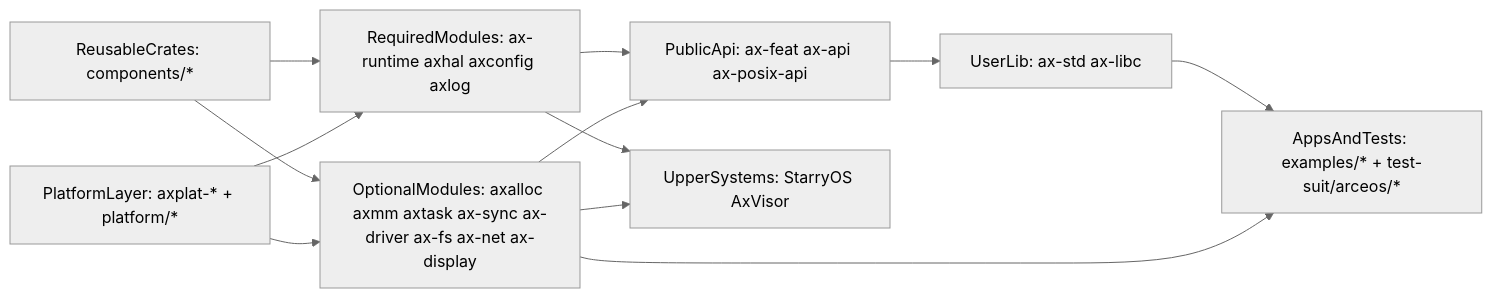
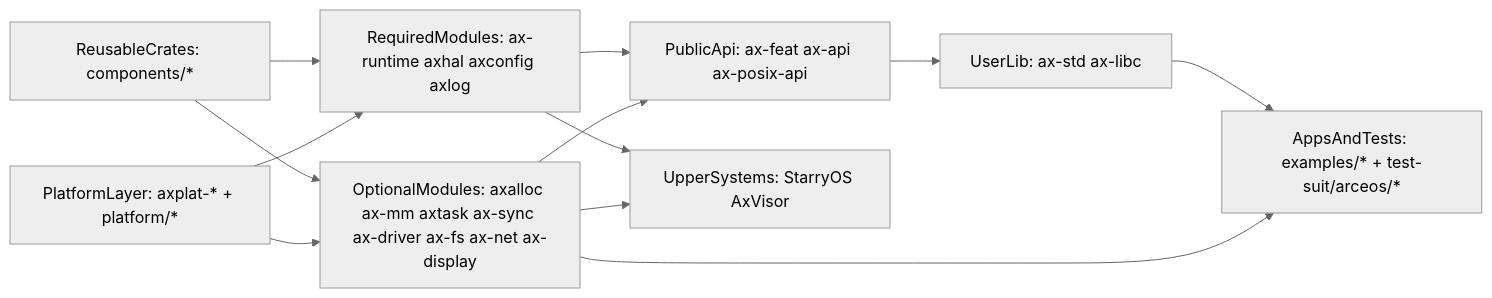
One commit to yfblock/tgoskits changed the first of 5 diagrams in docs/arceos-internals.md. Above: the diagram before and after it, drawn with Mermaid (neutral theme). The commit also changed other lines of this file and 34 other files, not shown here.

````diff
--- a/docs/arceos-internals.md
+++ b/docs/arceos-internals.md
@@ -36,23 +36,23 @@
 ```mermaid
 flowchart LR
     reusableCrates["ReusableCrates: components/*"]
     platformLayer["PlatformLayer: axplat-* + platform/*"]
     requiredModules["RequiredModules: ax-runtime axhal axconfig axlog"]
-    optionalModules["OptionalModules: axalloc axmm axtask ax-sync ax-driver ax-fs ax-net ax-display"]
+    optionalModules["OptionalModules: axalloc ax-mm axtask ax-sync ax-driver ax-fs ax-net ax-display"]
     publicApi["PublicApi: ax-feat ax-api ax-posix-api"]
     userLib["UserLib: ax-std ax-libc"]
     appsAndTests["AppsAndTests: examples/* + test-suit/arceos/*"]
     upperSystems["UpperSystems: StarryOS AxVisor"]
 
     reusableCrates --> requiredModules
     reusableCrates --> optionalModules
     platformLayer --> requiredModules
     platformLayer --> optionalModules
     requiredModules --> publicApi
     optionalModules --> publicApi
     publicApi --> userLib
     userLib --> appsAndTests
     optionalModules --> appsAndTests
     requiredModules --> upperSystems
     optionalModules --> upperSystems
 ```
````
